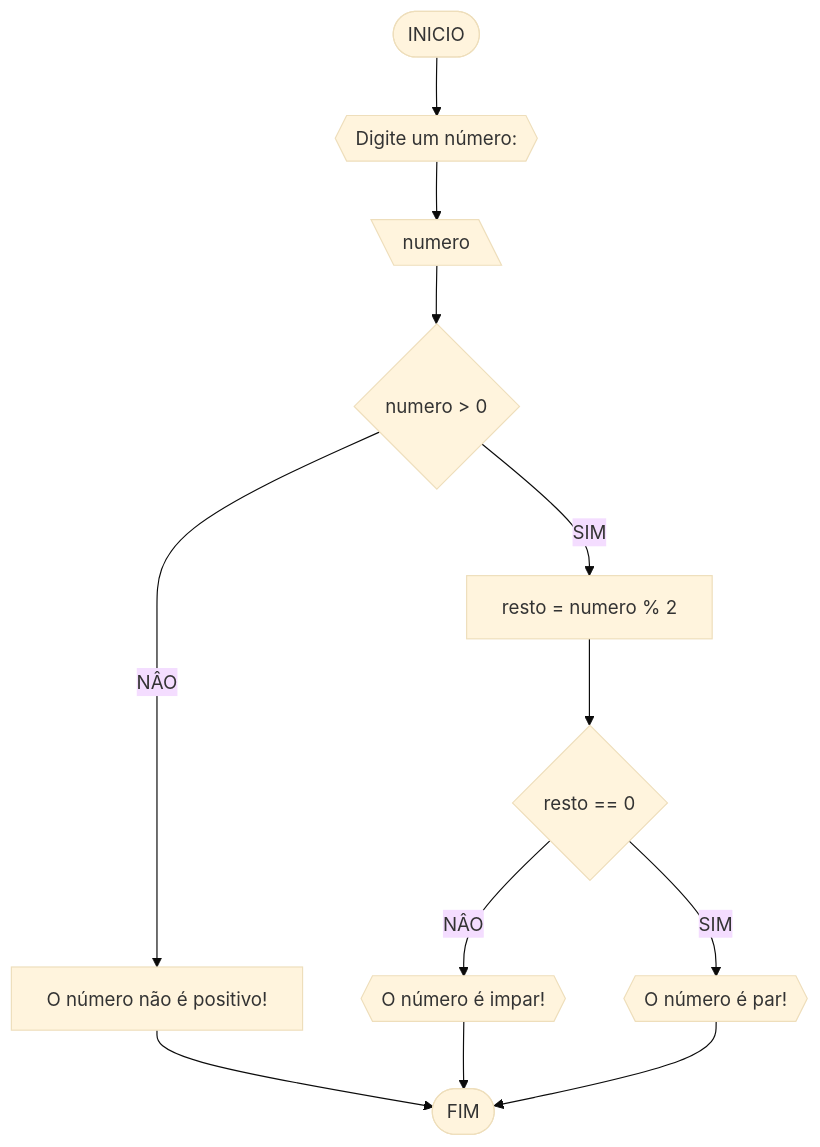
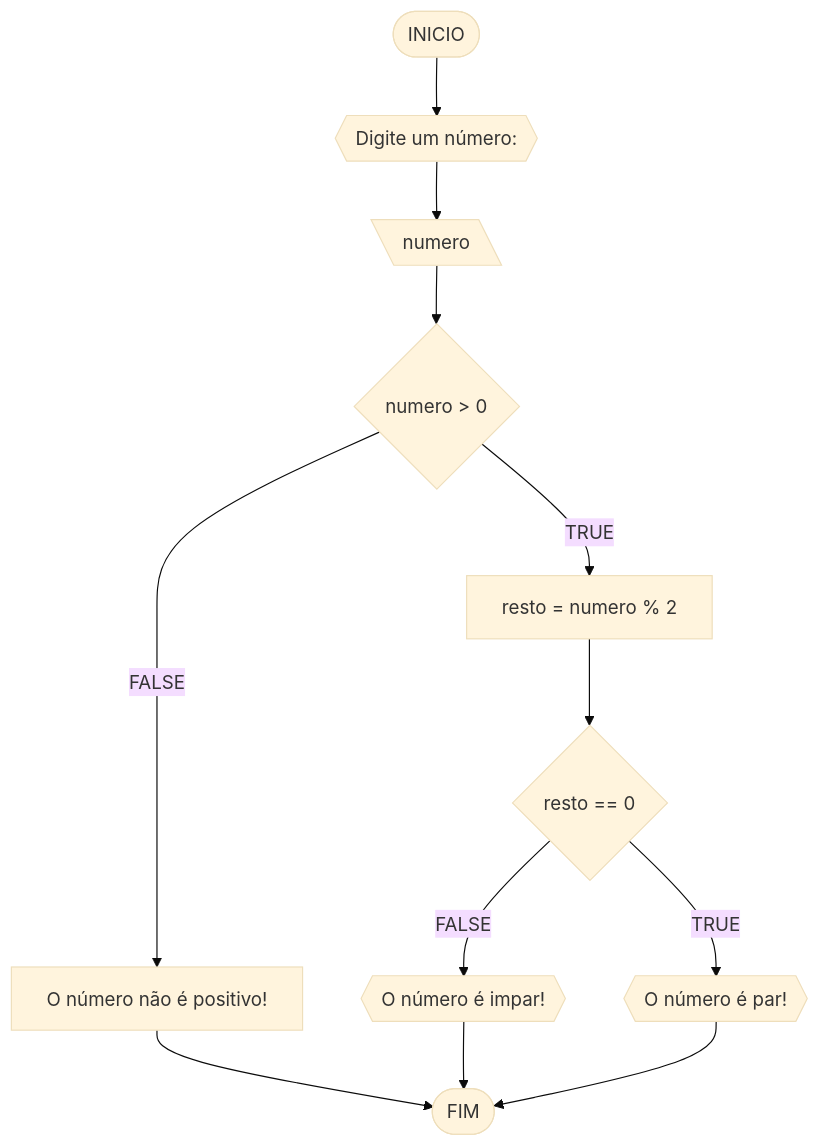
One commit to dionysuspsn/unifor-1 changed the first of 2 diagrams in RLA/lista_exercicios.md. Above: the diagram before and after it, drawn with Mermaid (base theme). The commit also changed other lines of this file, not shown here.

````diff
--- a/RLA/lista_exercicios.md
+++ b/RLA/lista_exercicios.md
@@ -12,14 +12,14 @@
 ```mermaid
 flowchart TD
 A([INICIO]) --> B{{Digite um número:}}
 B --> C[\numero\]
 C --> D{numero > 0}
-D --NÂO--> E[O número não é positivo!]
-D --SIM--> F[resto = numero % 2]
+D --FALSE--> E[O número não é positivo!]
+D --TRUE--> F[resto = numero % 2]
 E --> Z([FIM])
 F --> G{resto == 0}
-G --NÂO--> H{{O número é impar!}}
-G --SIM--> I{{O número é par!}}
+G --FALSE--> H{{O número é impar!}}
+G --TRUE--> I{{O número é par!}}
 H --> Z
 I --> Z
 ```
````
